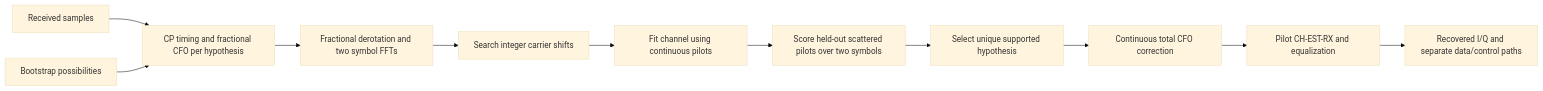
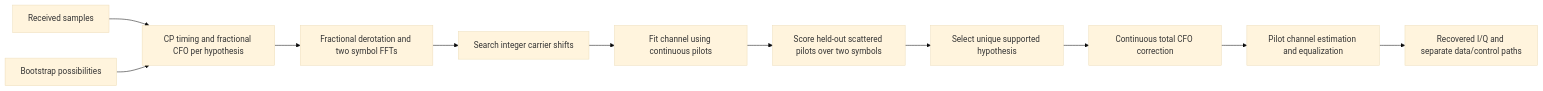
Before and after one commit to mgarcia01752/merlin: the diagram in docs/user/waveform/rx-acquisition.md, drawn with Mermaid (base theme). The commit also changed 14 other files, not shown here.

````diff
--- a/docs/user/waveform/rx-acquisition.md
+++ b/docs/user/waveform/rx-acquisition.md
@@ -15,13 +15,13 @@
 ```mermaid
 flowchart LR
     S[Received samples] --> CP[CP timing and fractional CFO per hypothesis]
     CONFIG[Bootstrap possibilities] --> CP
     CP --> FFT[Fractional derotation and two symbol FFTs]
     FFT --> INTEGER[Search integer carrier shifts]
     INTEGER --> FIT[Fit channel using continuous pilots]
     FIT --> PHASE[Score held-out scattered pilots over two symbols]
     PHASE --> SELECT[Select unique supported hypothesis]
     SELECT --> RX[Continuous total CFO correction]
-    RX --> EQ[Pilot CH-EST-RX and equalization]
+    RX --> EQ[Pilot channel estimation and equalization]
     EQ --> OUT[Recovered I/Q and separate data/control paths]
 ```
````
